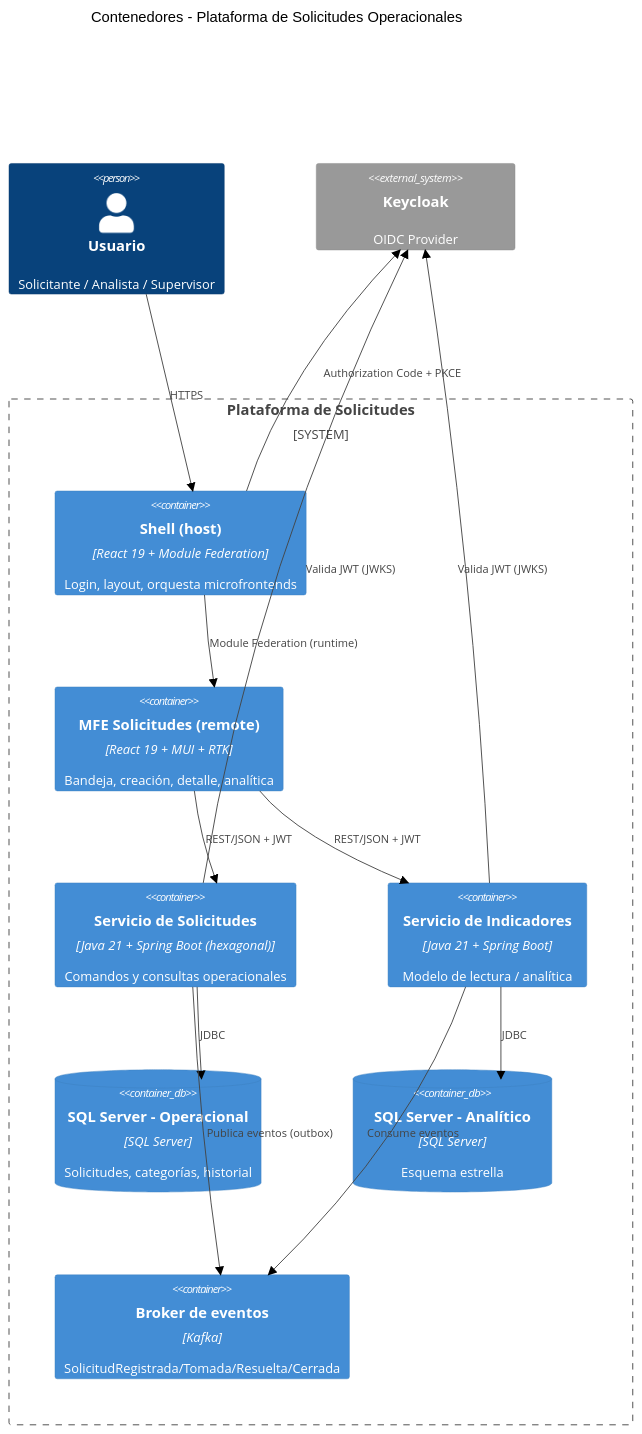
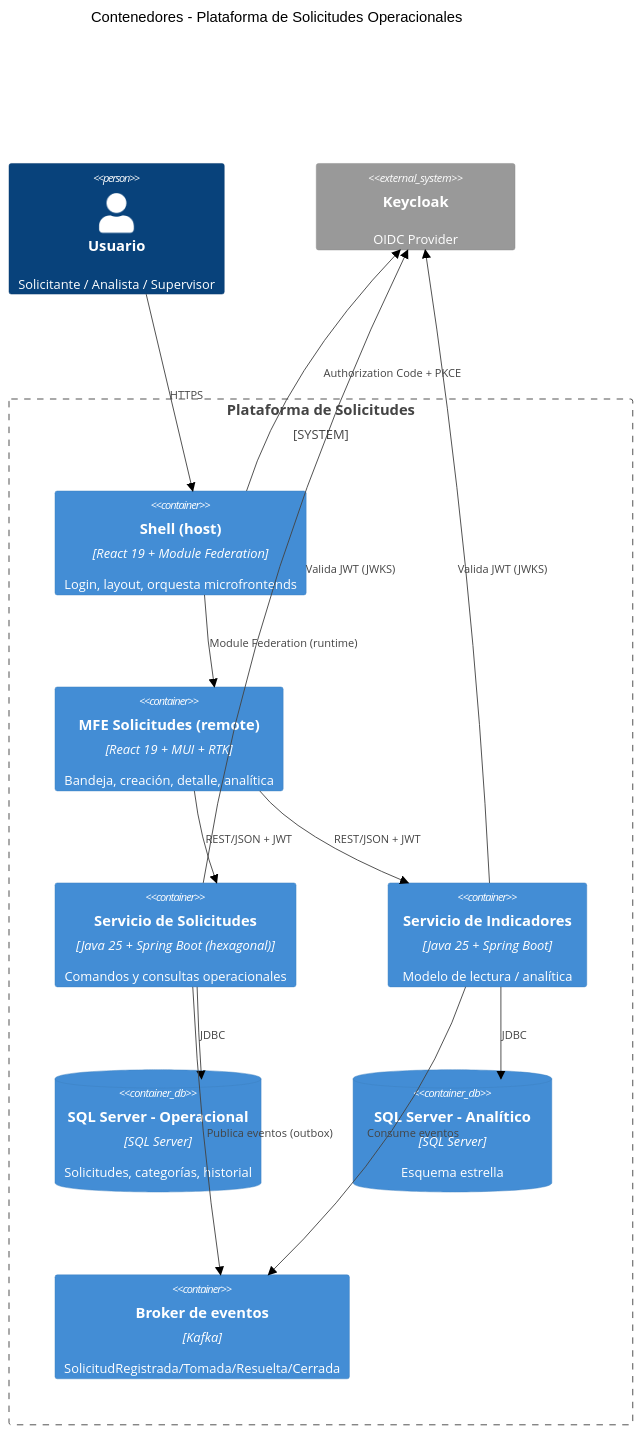
The second of 2 diagrams in docs/c4.md (moncadabeltrandanielalejandro-jpg/softgic-fullstack-challenge), drawn with Mermaid (forest theme) before and after one commit. The commit also changed 33 other files, not shown here.

````diff
--- a/docs/c4.md
+++ b/docs/c4.md
@@ -24,30 +24,30 @@
 ```mermaid
 C4Container
     title Contenedores - Plataforma de Solicitudes Operacionales
 
     Person(usuario, "Usuario", "Solicitante / Analista / Supervisor")
 
     System_Boundary(plataforma, "Plataforma de Solicitudes") {
         Container(shell, "Shell (host)", "React 19 + Module Federation", "Login, layout, orquesta microfrontends")
         Container(mfe, "MFE Solicitudes (remote)", "React 19 + MUI + RTK", "Bandeja, creación, detalle, analítica")
-        Container(solicitudesSvc, "Servicio de Solicitudes", "Java 21 + Spring Boot (hexagonal)", "Comandos y consultas operacionales")
-        Container(indicadoresSvc, "Servicio de Indicadores", "Java 21 + Spring Boot", "Modelo de lectura / analítica")
+        Container(solicitudesSvc, "Servicio de Solicitudes", "Java 25 + Spring Boot (hexagonal)", "Comandos y consultas operacionales")
+        Container(indicadoresSvc, "Servicio de Indicadores", "Java 25 + Spring Boot", "Modelo de lectura / analítica")
         ContainerDb(sqlOper, "SQL Server - Operacional", "SQL Server", "Solicitudes, categorías, historial")
         ContainerDb(sqlAnalytics, "SQL Server - Analítico", "SQL Server", "Esquema estrella")
         Container(broker, "Broker de eventos", "Kafka", "SolicitudRegistrada/Tomada/Resuelta/Cerrada")
     }
 
     System_Ext(keycloak, "Keycloak", "OIDC Provider")
 
     Rel(usuario, shell, "HTTPS")
     Rel(shell, mfe, "Module Federation (runtime)")
     Rel(shell, keycloak, "Authorization Code + PKCE")
     Rel(mfe, solicitudesSvc, "REST/JSON + JWT")
     Rel(mfe, indicadoresSvc, "REST/JSON + JWT")
     Rel(solicitudesSvc, sqlOper, "JDBC")
     Rel(solicitudesSvc, broker, "Publica eventos (outbox)")
     Rel(indicadoresSvc, broker, "Consume eventos")
     Rel(indicadoresSvc, sqlAnalytics, "JDBC")
     Rel(solicitudesSvc, keycloak, "Valida JWT (JWKS)")
     Rel(indicadoresSvc, keycloak, "Valida JWT (JWKS)")
 ```
````
